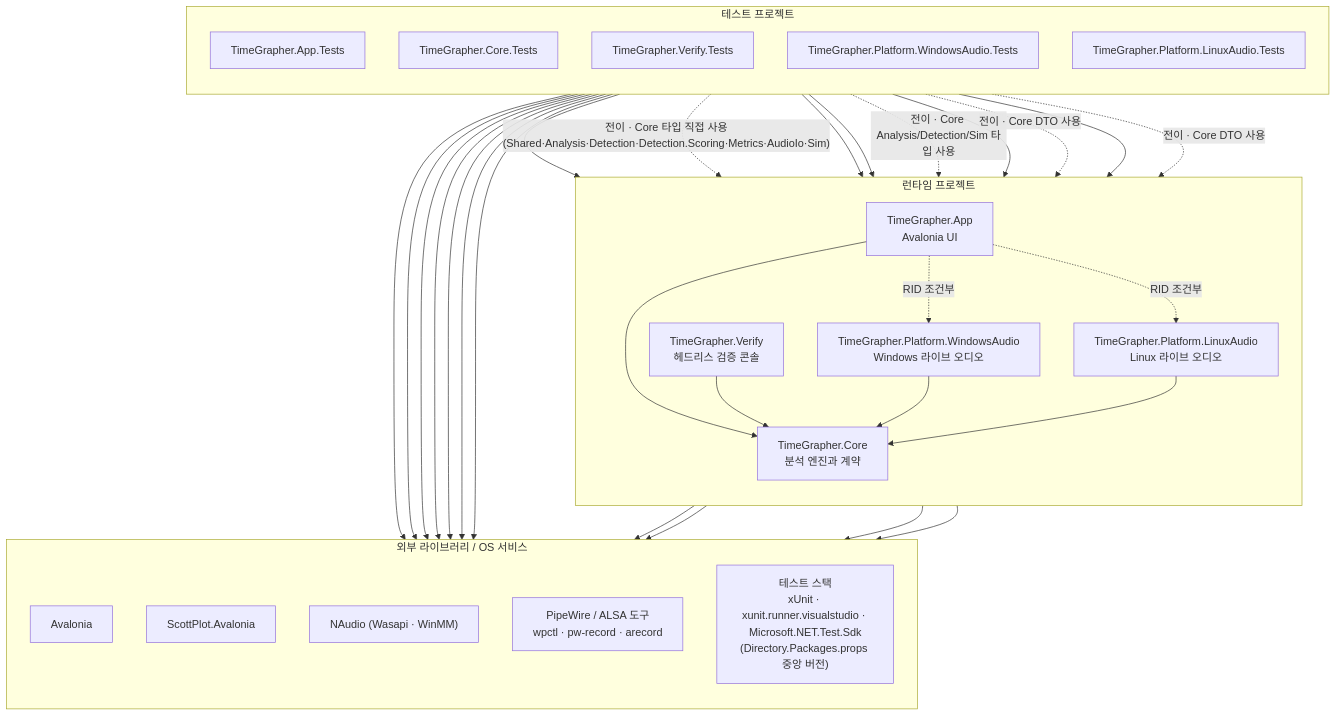
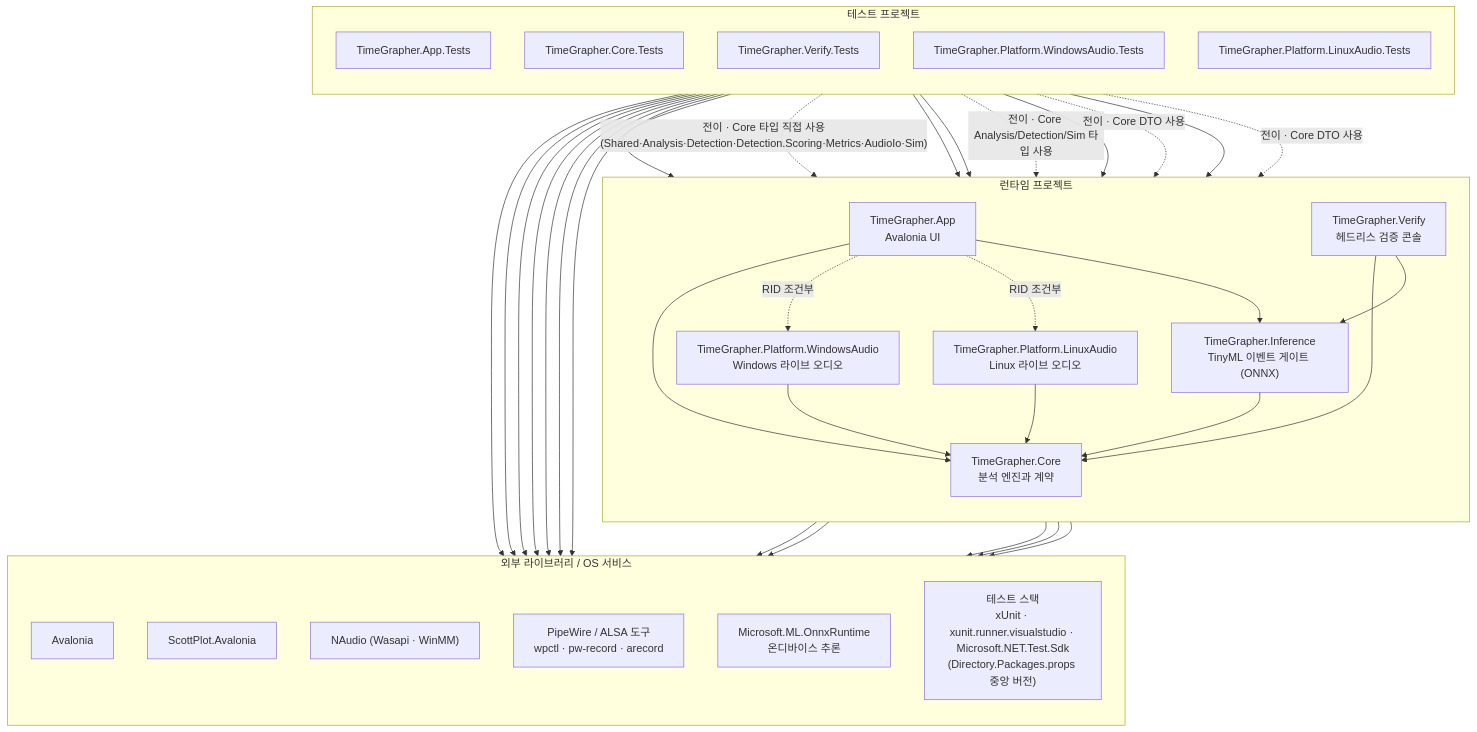
The first of 3 diagrams in docs/for-ai/MODULE_USES_VIEW.md (Jae-hong-5/TimeGrapher-Net), drawn with Mermaid before and after one commit. The commit also changed other lines of this file and 4 other files, not shown here.

````diff
--- a/docs/for-ai/MODULE_USES_VIEW.md
+++ b/docs/for-ai/MODULE_USES_VIEW.md
@@ -9,58 +9,64 @@
 ```mermaid
 flowchart TB
     subgraph Runtime["런타임 프로젝트"]
         direction TB
         App["TimeGrapher.App<br/>Avalonia UI"]
         Verify["TimeGrapher.Verify<br/>헤드리스 검증 콘솔"]
         WindowsAudio["TimeGrapher.Platform.WindowsAudio<br/>Windows 라이브 오디오"]
         LinuxAudio["TimeGrapher.Platform.LinuxAudio<br/>Linux 라이브 오디오"]
+        Inference["TimeGrapher.Inference<br/>TinyML 이벤트 게이트 (ONNX)"]
         Core["TimeGrapher.Core<br/>분석 엔진과 계약"]
     end
 
     subgraph Tests["테스트 프로젝트"]
         direction TB
         AppTests["TimeGrapher.App.Tests"]
         CoreTests["TimeGrapher.Core.Tests"]
         VerifyTests["TimeGrapher.Verify.Tests"]
         WindowsAudioTests["TimeGrapher.Platform.WindowsAudio.Tests"]
         LinuxAudioTests["TimeGrapher.Platform.LinuxAudio.Tests"]
     end
 
     subgraph External["외부 라이브러리 / OS 서비스"]
         direction TB
         Avalonia["Avalonia"]
         ScottPlot["ScottPlot.Avalonia"]
         NAudio["NAudio (Wasapi · WinMM)"]
         LinuxAudioStack["PipeWire / ALSA 도구<br/>wpctl · pw-record · arecord"]
+        OnnxRuntime["Microsoft.ML.OnnxRuntime<br/>온디바이스 추론"]
         Xunit["테스트 스택<br/>xUnit · xunit.runner.visualstudio · Microsoft.NET.Test.Sdk<br/>(Directory.Packages.props 중앙 버전)"]
     end
 
     App --> Core
     App -. "RID 조건부" .-> WindowsAudio
     App -. "RID 조건부" .-> LinuxAudio
+    App --> Inference
     Verify --> Core
+    Verify --> Inference
     WindowsAudio --> Core
     LinuxAudio --> Core
+    Inference --> Core
+    Inference --> OnnxRuntime
 
     AppTests --> App
     AppTests -. "전이 · Core 타입 직접 사용(Shared·Analysis·Detection·Detection.Scoring·Metrics·AudioIo·Sim)" .-> Core
     CoreTests --> Core
     VerifyTests --> Verify
     VerifyTests -. "전이 · Core Analysis/Detection/Sim 타입 사용" .-> Core
     WindowsAudioTests --> WindowsAudio
     WindowsAudioTests -. "전이 · Core DTO 사용" .-> Core
     LinuxAudioTests --> LinuxAudio
     LinuxAudioTests -. "전이 · Core DTO 사용" .-> Core
 
     App --> Avalonia
     App --> ScottPlot
     WindowsAudio --> NAudio
     LinuxAudio --> LinuxAudioStack
     AppTests --> Avalonia
     AppTests --> ScottPlot
     AppTests --> Xunit
     CoreTests --> Xunit
     VerifyTests --> Xunit
     WindowsAudioTests --> Xunit
     LinuxAudioTests --> Xunit
 ```
````
